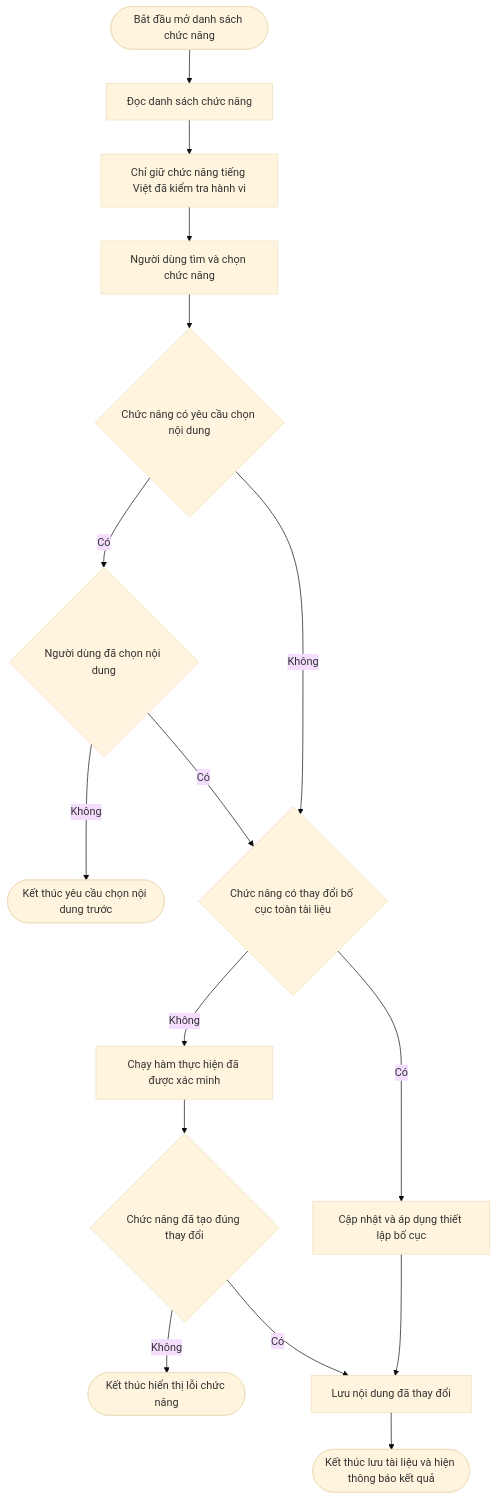
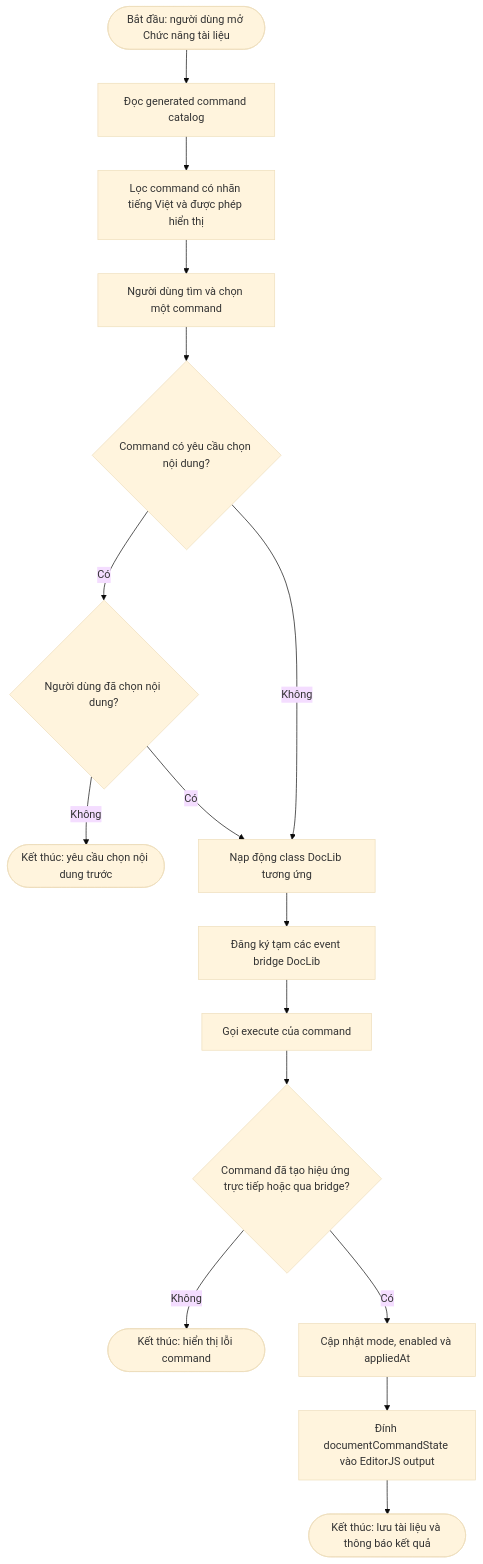
One commit to MinTruqday/dl changed the fifth of 10 diagrams in compilation_workflow_and_architecture_guide.md. Above: the diagram before and after it, drawn with Mermaid (base theme). The commit also changed other lines of this file and 78 other files, not shown here.

````diff
--- a/compilation_workflow_and_architecture_guide.md
+++ b/compilation_workflow_and_architecture_guide.md
@@ -166,18 +126,18 @@
 ```mermaid
 flowchart TD
-    Start([Bắt đầu mở danh sách chức năng]) --> LoadCatalog[Đọc danh sách chức năng]
-    LoadCatalog --> FilterCommands[Chỉ giữ chức năng tiếng Việt đã kiểm tra hành vi]
-    FilterCommands --> SelectCommand[Người dùng tìm và chọn chức năng]
-    SelectCommand --> NeedSelection{Chức năng có yêu cầu chọn nội dung}
-    NeedSelection -->|Có| HasSelection{Người dùng đã chọn nội dung}
-    HasSelection -->|Không| SelectionError([Kết thúc yêu cầu chọn nội dung trước])
-    HasSelection -->|Có| Persistent{Chức năng có thay đổi bố cục toàn tài liệu}
-    NeedSelection -->|Không| Persistent
-    Persistent -->|Có| UpdateState[Cập nhật và áp dụng thiết lập bố cục]
-    Persistent -->|Không| ExecuteCommand[Chạy hàm thực hiện đã được xác minh]
-    ExecuteCommand --> EventHandled{Chức năng đã tạo đúng thay đổi}
-    EventHandled -->|Không| CommandError([Kết thúc hiển thị lỗi chức năng])
-    EventHandled -->|Có| SaveEditor[Lưu nội dung đã thay đổi]
-    UpdateState --> SaveEditor
-    SaveEditor --> End([Kết thúc lưu tài liệu và hiện thông báo kết quả])
+    Start([Bắt đầu: người dùng mở Chức năng tài liệu]) --> LoadCatalog[Đọc generated command catalog]
+    LoadCatalog --> FilterCommands[Lọc command có nhãn tiếng Việt và được phép hiển thị]
+    FilterCommands --> SelectCommand[Người dùng tìm và chọn một command]
+    SelectCommand --> NeedSelection{Command có yêu cầu chọn nội dung?}
+    NeedSelection -->|Có| HasSelection{Người dùng đã chọn nội dung?}
+    HasSelection -->|Không| SelectionError([Kết thúc: yêu cầu chọn nội dung trước])
+    HasSelection -->|Có| ImportCommand[Nạp động class DocLib tương ứng]
+    NeedSelection -->|Không| ImportCommand
+    ImportCommand --> RegisterEvents[Đăng ký tạm các event bridge DocLib]
+    RegisterEvents --> ExecuteCommand[Gọi execute của command]
+    ExecuteCommand --> EventHandled{Command đã tạo hiệu ứng trực tiếp hoặc qua bridge?}
+    EventHandled -->|Không| CommandError([Kết thúc: hiển thị lỗi command])
+    EventHandled -->|Có| UpdateState[Cập nhật mode, enabled và appliedAt]
+    UpdateState --> SaveEditor[Đính documentCommandState vào EditorJS output]
+    SaveEditor --> End([Kết thúc: lưu tài liệu và thông báo kết quả])
 ```
````
